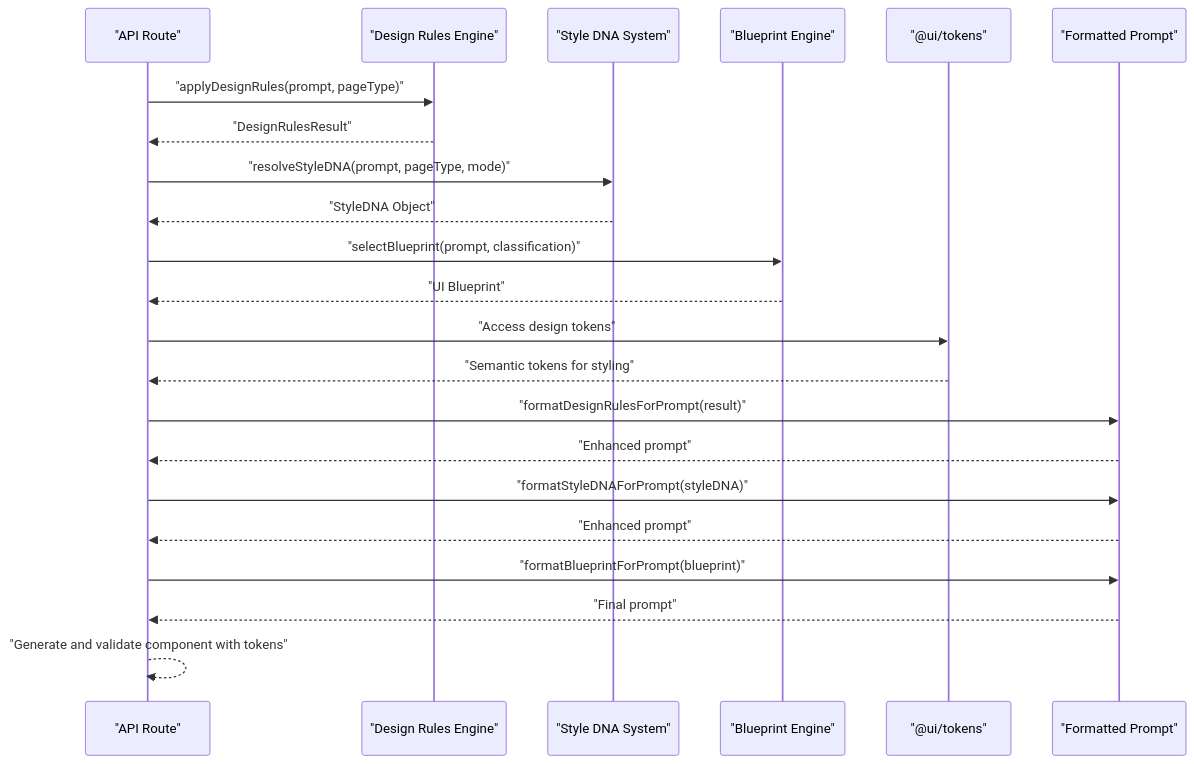
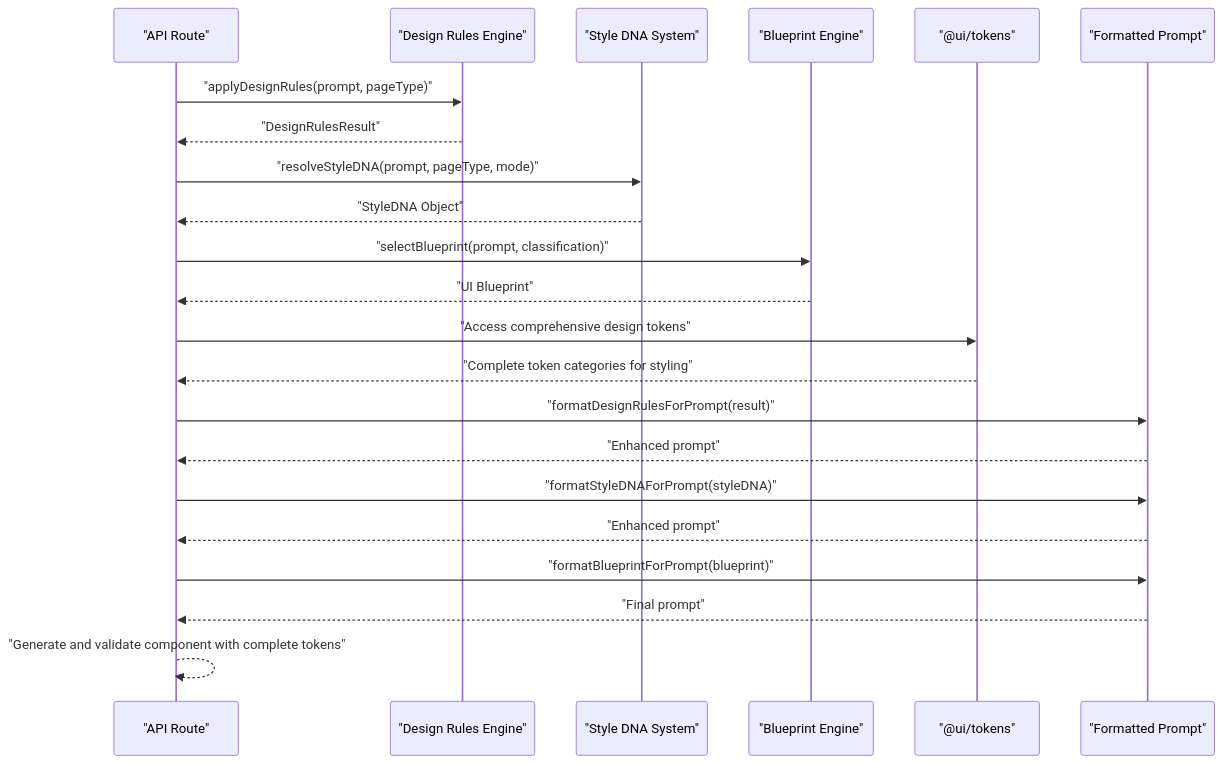
The eighth of 9 diagrams in .qoder/repowiki/en/content/UI Component System/Design System Integration.md (shekhargiri005-dotcom/AI-powered-accessibility-first-UI-engine), drawn with Mermaid before and after one commit. The commit also changed other lines of this file and 24 other files, not shown here.

````diff
--- a/.qoder/repowiki/en/content/UI Component System/Design System Integration.md
+++ b/.qoder/repowiki/en/content/UI Component System/Design System Integration.md
@@ -627,24 +641,24 @@
 ```mermaid
 sequenceDiagram
 participant Route as "API Route"
 participant DR as "Design Rules Engine"
 participant SDNA as "Style DNA System"
 participant BP as "Blueprint Engine"
 participant Tokens as "@ui/tokens"
 participant Prompt as "Formatted Prompt"
 Route->>DR : "applyDesignRules(prompt, pageType)"
 DR-->>Route : "DesignRulesResult"
 Route->>SDNA : "resolveStyleDNA(prompt, pageType, mode)"
 SDNA-->>Route : "StyleDNA Object"
 Route->>BP : "selectBlueprint(prompt, classification)"
 BP-->>Route : "UI Blueprint"
-Route->>Tokens : "Access design tokens"
-Tokens-->>Route : "Semantic tokens for styling"
+Route->>Tokens : "Access comprehensive design tokens"
+Tokens-->>Route : "Complete token categories for styling"
 Route->>Prompt : "formatDesignRulesForPrompt(result)"
 Prompt-->>Route : "Enhanced prompt"
 Route->>Prompt : "formatStyleDNAForPrompt(styleDNA)"
 Prompt-->>Route : "Enhanced prompt"
 Route->>Prompt : "formatBlueprintForPrompt(blueprint)"
 Prompt-->>Route : "Final prompt"
-Route-->>Route : "Generate and validate component with tokens"
+Route-->>Route : "Generate and validate component with complete tokens"
 ```
````
